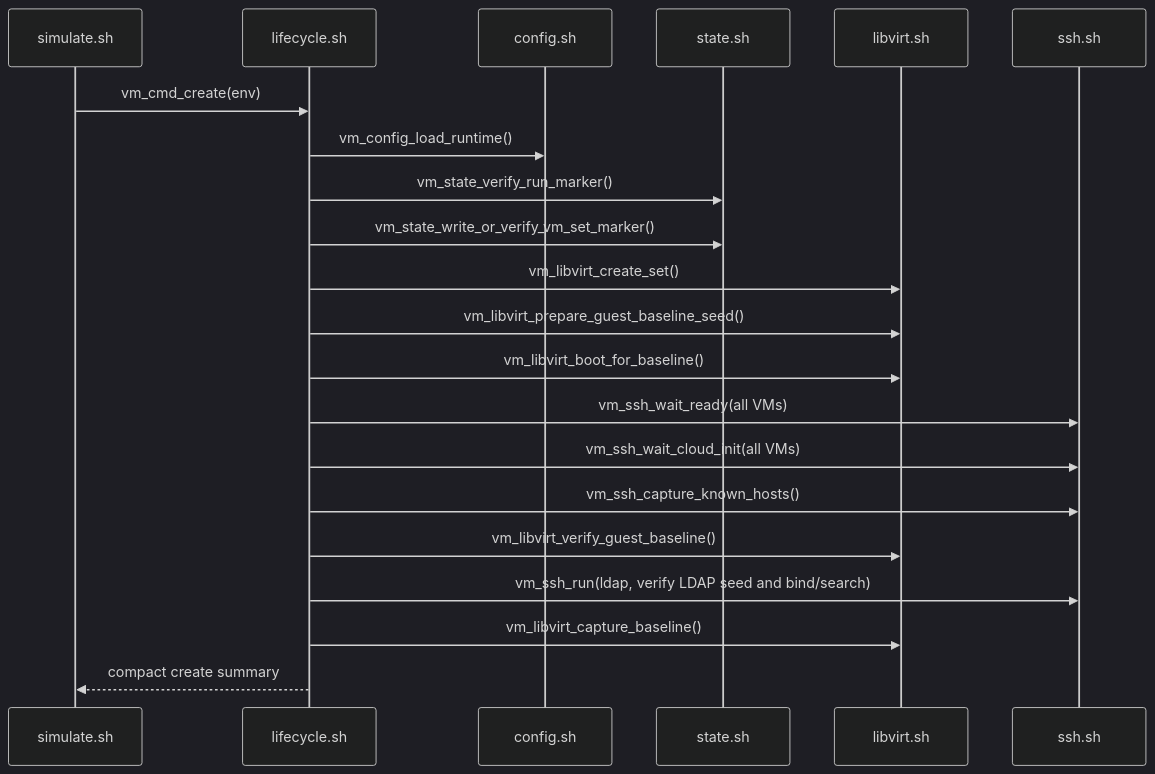
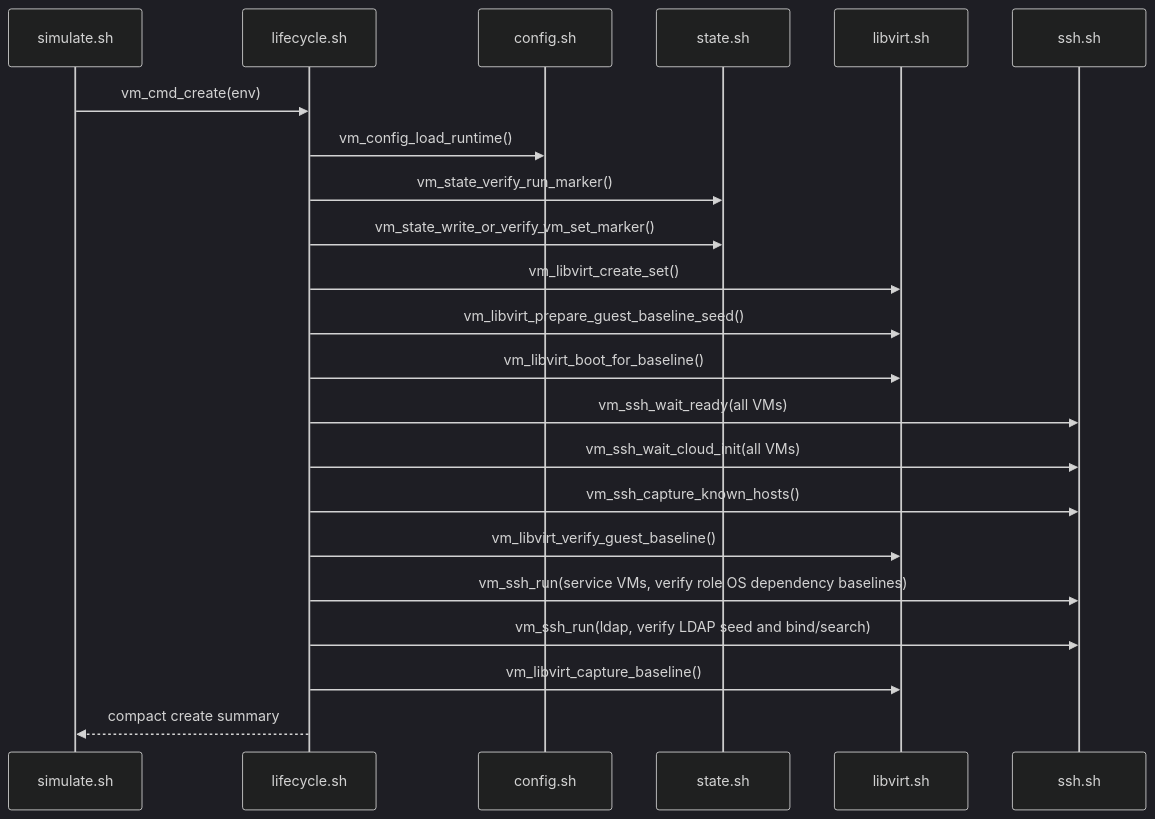
The third of 19 diagrams in simulation/vm/sequences.md (NoNine/loopforge), drawn with Mermaid (dark theme) before and after one commit. The commit also changed 7 other files, not shown here.

````diff
--- a/simulation/vm/sequences.md
+++ b/simulation/vm/sequences.md
@@ -52,24 +52,25 @@
 ```mermaid
 sequenceDiagram
   participant CLI as simulate.sh
   participant LC as lifecycle.sh
   participant CFG as config.sh
   participant ST as state.sh
   participant LV as libvirt.sh
   participant SSH as ssh.sh
 
   CLI->>LC: vm_cmd_create(env)
   LC->>CFG: vm_config_load_runtime()
   LC->>ST: vm_state_verify_run_marker()
   LC->>ST: vm_state_write_or_verify_vm_set_marker()
   LC->>LV: vm_libvirt_create_set()
   LC->>LV: vm_libvirt_prepare_guest_baseline_seed()
   LC->>LV: vm_libvirt_boot_for_baseline()
   LC->>SSH: vm_ssh_wait_ready(all VMs)
   LC->>SSH: vm_ssh_wait_cloud_init(all VMs)
   LC->>SSH: vm_ssh_capture_known_hosts()
   LC->>LV: vm_libvirt_verify_guest_baseline()
+  LC->>SSH: vm_ssh_run(service VMs, verify role OS dependency baselines)
   LC->>SSH: vm_ssh_run(ldap, verify LDAP seed and bind/search)
   LC->>LV: vm_libvirt_capture_baseline()
   LC-->>CLI: compact create summary
 ```
````
